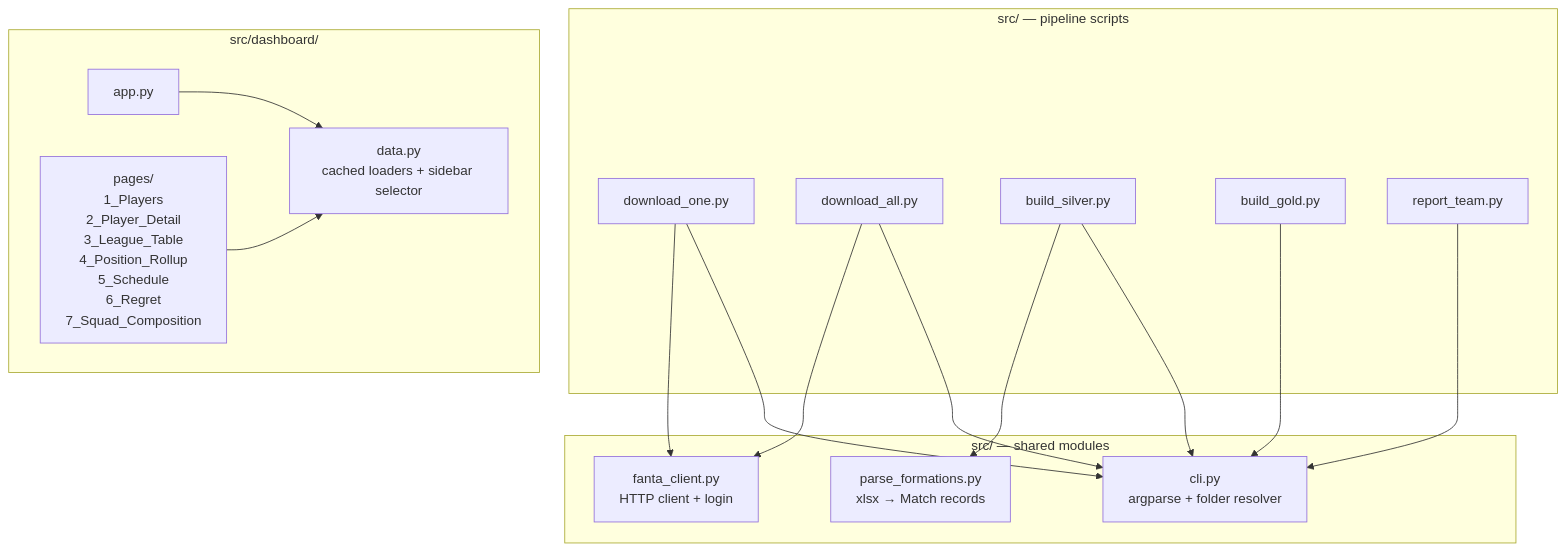
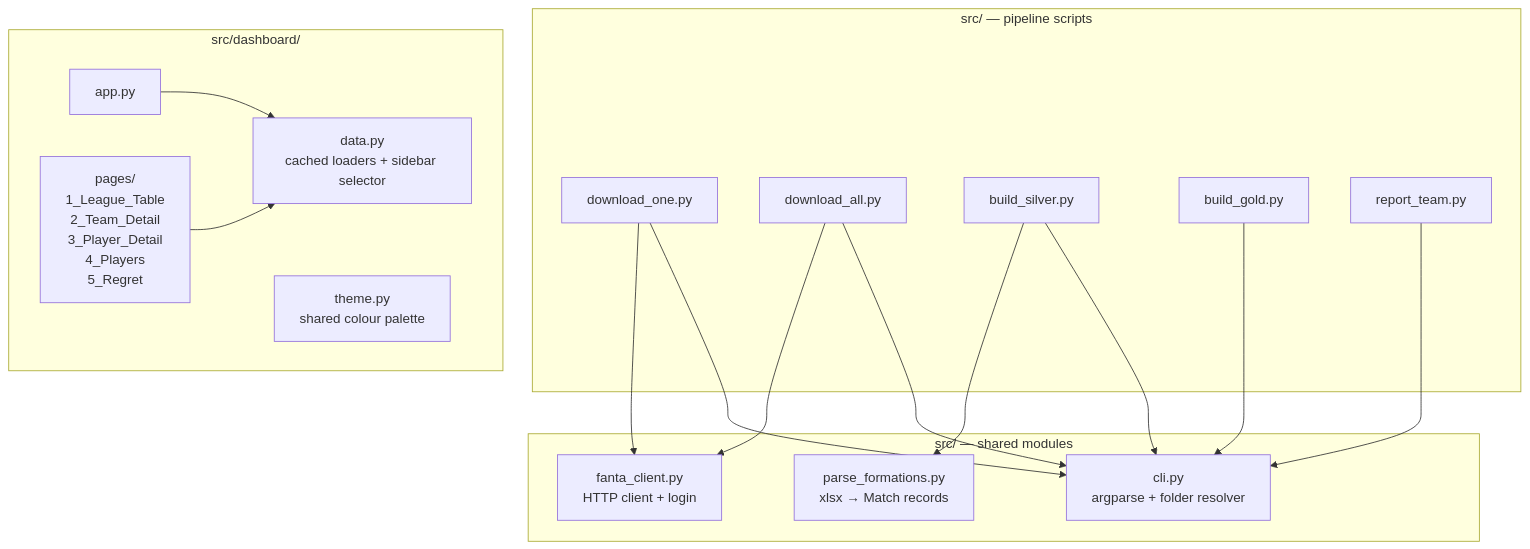
The third of 3 diagrams in docs/ARCHITECTURE.md (aquacor7/Fanalysista), drawn with Mermaid before and after one commit. The commit also changed other lines of this file and 13 other files, not shown here.

````diff
--- a/docs/ARCHITECTURE.md
+++ b/docs/ARCHITECTURE.md
@@ -91,34 +91,35 @@
 ```mermaid
 flowchart TD
     subgraph shared["src/ — shared modules"]
         cli[cli.py<br/>argparse + folder resolver]
         fc[fanta_client.py<br/>HTTP client + login]
         pf[parse_formations.py<br/>xlsx → Match records]
     end
 
     subgraph scripts["src/ — pipeline scripts"]
         do[download_one.py]
         da[download_all.py]
         bs[build_silver.py]
         bg[build_gold.py]
         rt[report_team.py]
     end
 
     subgraph dash["src/dashboard/"]
         ddata[data.py<br/>cached loaders + sidebar selector]
+        dtheme[theme.py<br/>shared colour palette]
         dapp[app.py]
-        dpages["pages/<br/>1_Players<br/>2_Player_Detail<br/>3_League_Table<br/>4_Position_Rollup<br/>5_Schedule<br/>6_Regret<br/>7_Squad_Composition"]
+        dpages["pages/<br/>1_League_Table<br/>2_Team_Detail<br/>3_Player_Detail<br/>4_Players<br/>5_Regret"]
     end
 
     do --> cli
     do --> fc
     da --> cli
     da --> fc
     bs --> cli
     bs --> pf
     bg --> cli
     rt --> cli
 
     dapp --> ddata
     dpages --> ddata
 ```
````
